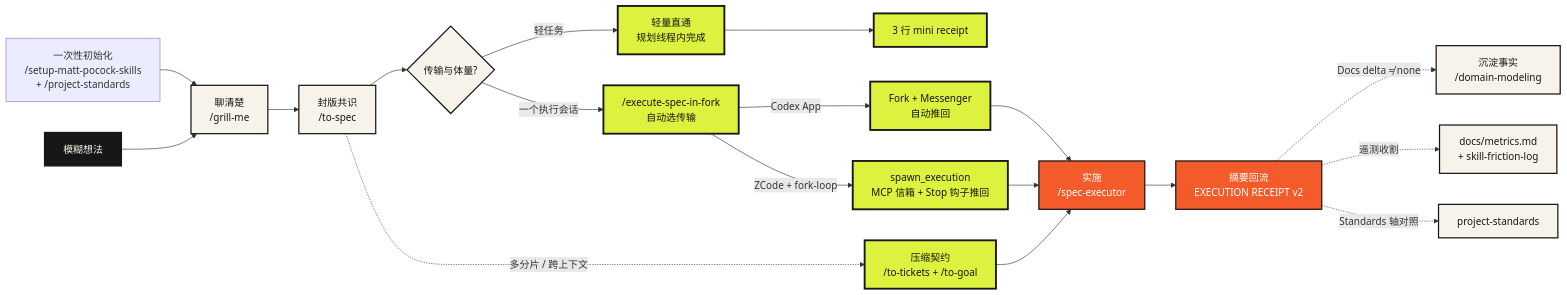
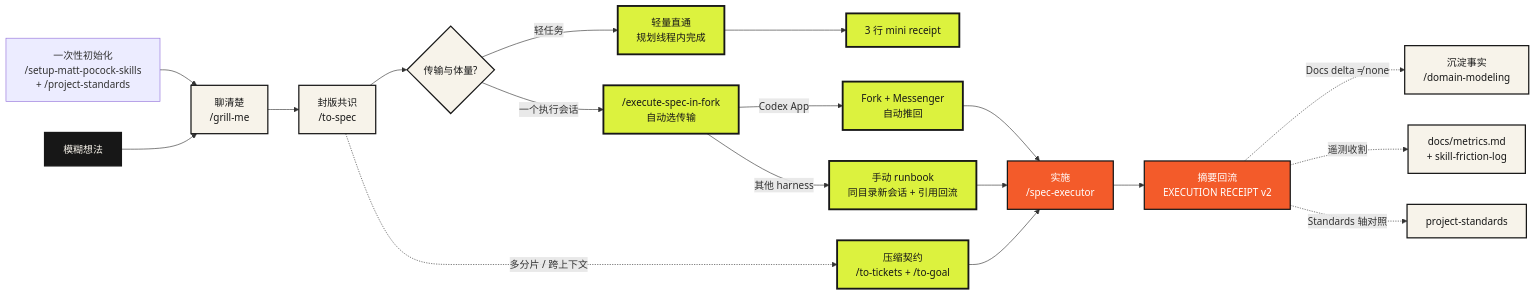
One commit to opsbli/sam-skills changed the diagram in README.md. Above: the diagram before and after it, drawn with Mermaid. The commit also changed other lines of this file and 34 other files, not shown here.

````diff
--- a/README.md
+++ b/README.md
@@ -42,30 +41,30 @@
 ```mermaid
 flowchart LR
     setup["一次性初始化<br/>/setup-matt-pocock-skills<br/>+ /project-standards"] --> grill
     idea["模糊想法"] --> grill["聊清楚<br/>/grill-me"]
     grill --> spec["封版共识<br/>/to-spec"]
     spec --> route{"传输与体量?"}
     route -- "轻任务" --> express["轻量直通<br/>规划线程内完成"]
     express --> mini["3 行 mini receipt"]
     route -- "一个执行会话" --> orchestrate["/execute-spec-in-fork<br/>自动选传输"]
     orchestrate -- "Codex App" --> fork["Fork + Messenger<br/>自动推回"]
-    orchestrate -- "ZCode + fork-loop" --> spawnmcp["spawn_execution<br/>MCP 信箱 + Stop 钩子推回"]
+    orchestrate -- "其他 harness" --> manual["手动 runbook<br/>同目录新会话 + 引用回流"]
     fork --> execute["实施<br/>/spec-executor"]
-    spawnmcp --> execute
+    manual --> execute
     execute --> receipt["摘要回流<br/>EXECUTION RECEIPT v2"]
     spec -. "多分片 / 跨上下文" .-> goal["压缩契约<br/>/to-tickets + /to-goal"]
     goal --> execute
     receipt -. "Docs delta ≠ none" .-> settle["沉淀事实<br/>/domain-modeling"]
     receipt -. "遥测收割" .-> metrics["docs/metrics.md<br/>+ skill-friction-log"]
     receipt -. "Standards 轴对照" .-> standards["project-standards"]
 
     classDef source fill:#171717,color:#F7F3EA,stroke:#171717,stroke-width:2px;
     classDef plan fill:#F7F3EA,color:#171717,stroke:#171717,stroke-width:2px;
     classDef contract fill:#DCF23E,color:#171717,stroke:#171717,stroke-width:3px;
     classDef action fill:#F35B2A,color:#FFFFFF,stroke:#171717,stroke-width:2px;
 
     class idea source;
     class grill,spec,route,settle,metrics,standards plan;
-    class orchestrate,fork,goal,express,mini,spawnmcp contract;
+    class orchestrate,fork,goal,express,mini,manual contract;
     class execute,receipt action;
 ```
````
